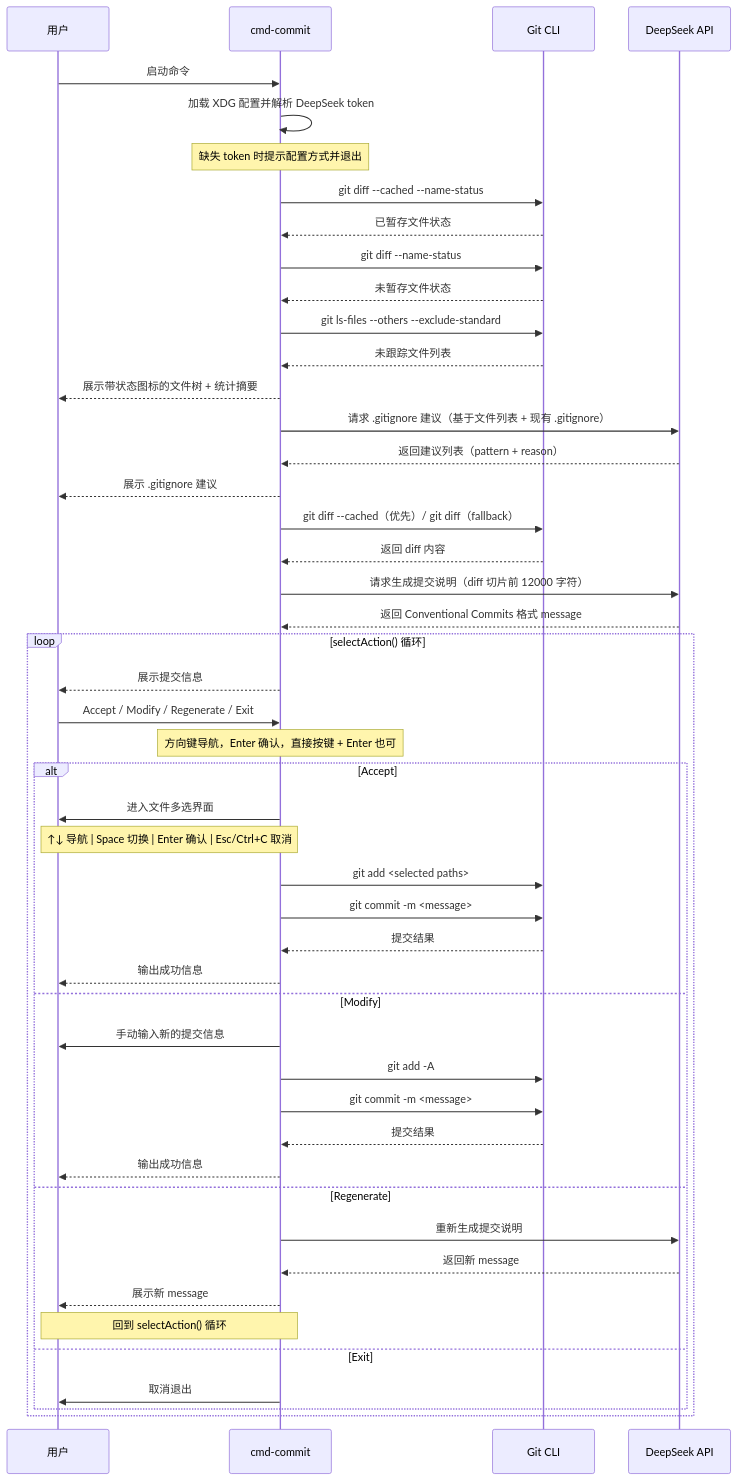
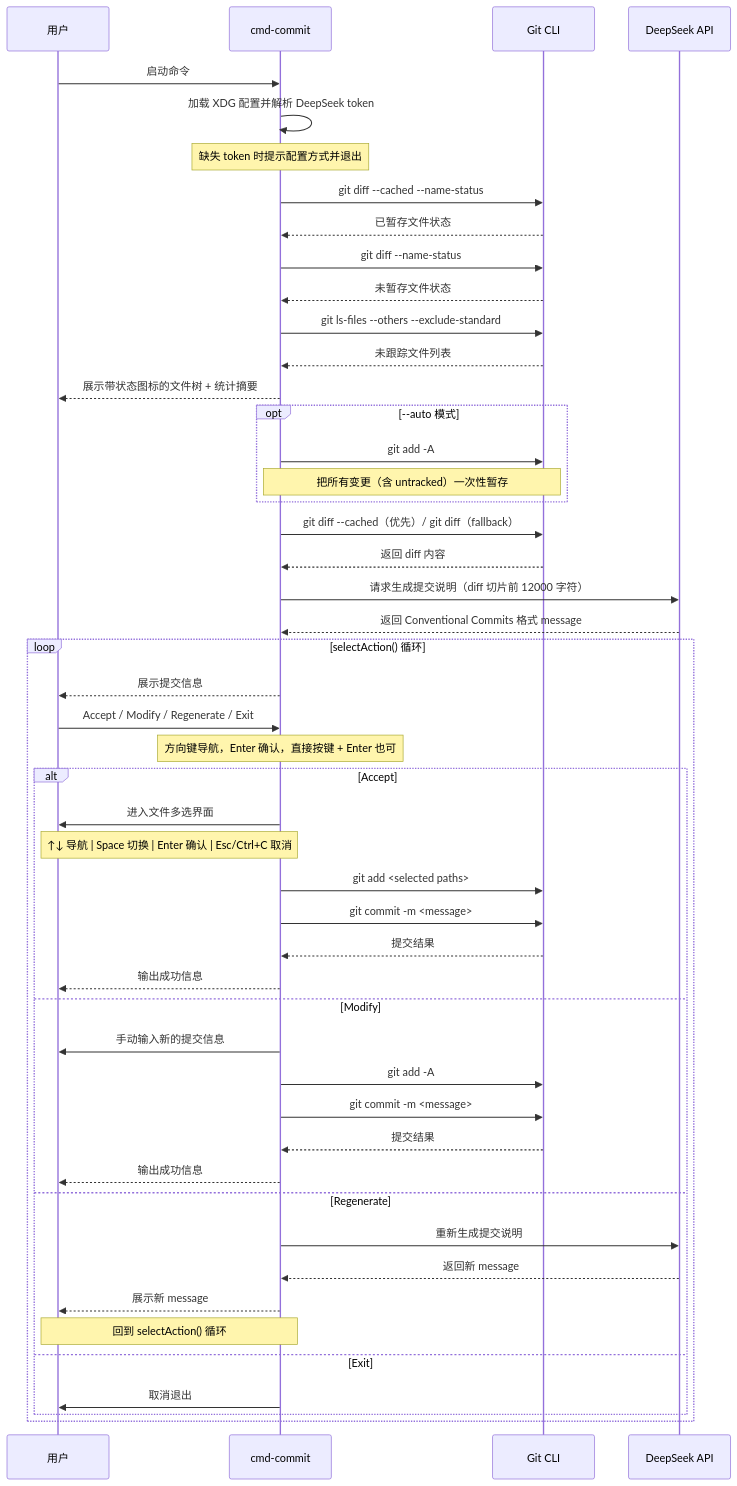
One commit to imvkmark/cmd4bun changed the diagram in docs/commit/flows.md. Above: the diagram before and after it, drawn with Mermaid. The commit also changed other lines of this file and 7 other files, not shown here.

Commit message:
feat(commit): 移除 `.gitignore` 建议功能，`--auto` 模式前置 `git add -A`，同步文档与单测

````diff
--- a/docs/commit/flows.md
+++ b/docs/commit/flows.md
@@ -24,56 +24,57 @@
 ```mermaid
 sequenceDiagram
     participant User as 用户
     participant CLI as cmd-commit
     participant Git as Git CLI
     participant AI as DeepSeek API
 
     User->>CLI: 启动命令
     CLI->>CLI: 加载 XDG 配置并解析 DeepSeek token
     Note over CLI: 缺失 token 时提示配置方式并退出
 
     CLI->>Git: git diff --cached --name-status
     Git-->>CLI: 已暂存文件状态
     CLI->>Git: git diff --name-status
     Git-->>CLI: 未暂存文件状态
     CLI->>Git: git ls-files --others --exclude-standard
     Git-->>CLI: 未跟踪文件列表
     CLI-->>User: 展示带状态图标的文件树 + 统计摘要
 
-    CLI->>AI: 请求 .gitignore 建议（基于文件列表 + 现有 .gitignore）
-    AI-->>CLI: 返回建议列表（pattern + reason）
-    CLI-->>User: 展示 .gitignore 建议
+    opt --auto 模式
+        CLI->>Git: git add -A
+        Note over CLI,Git: 把所有变更（含 untracked）一次性暂存
+    end
 
     CLI->>Git: git diff --cached（优先）/ git diff（fallback）
     Git-->>CLI: 返回 diff 内容
     CLI->>AI: 请求生成提交说明（diff 切片前 12000 字符）
     AI-->>CLI: 返回 Conventional Commits 格式 message
 
     loop selectAction() 循环
         CLI-->>User: 展示提交信息
         User->>CLI: Accept / Modify / Regenerate / Exit
         Note over CLI: 方向键导航，Enter 确认，直接按键 + Enter 也可
 
         alt Accept
             CLI->>User: 进入文件多选界面
             Note over CLI,User: ↑↓ 导航 | Space 切换 | Enter 确认 | Esc/Ctrl+C 取消
             CLI->>Git: git add <selected paths>
             CLI->>Git: git commit -m <message>
             Git-->>CLI: 提交结果
             CLI-->>User: 输出成功信息
         else Modify
             CLI->>User: 手动输入新的提交信息
             CLI->>Git: git add -A
             CLI->>Git: git commit -m <message>
             Git-->>CLI: 提交结果
             CLI-->>User: 输出成功信息
         else Regenerate
             CLI->>AI: 重新生成提交说明
             AI-->>CLI: 返回新 message
             CLI-->>User: 展示新 message
             Note over User,CLI: 回到 selectAction() 循环
         else Exit
             CLI->>User: 取消退出
         end
     end
 ```
````
